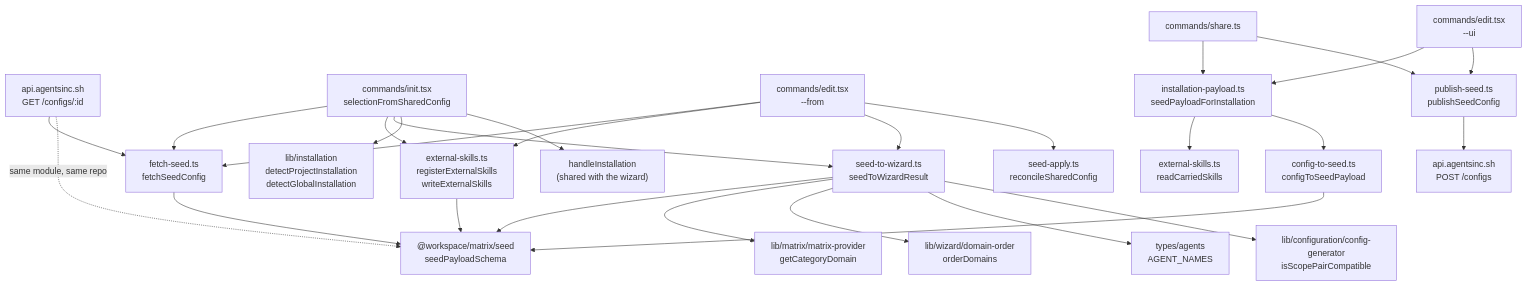
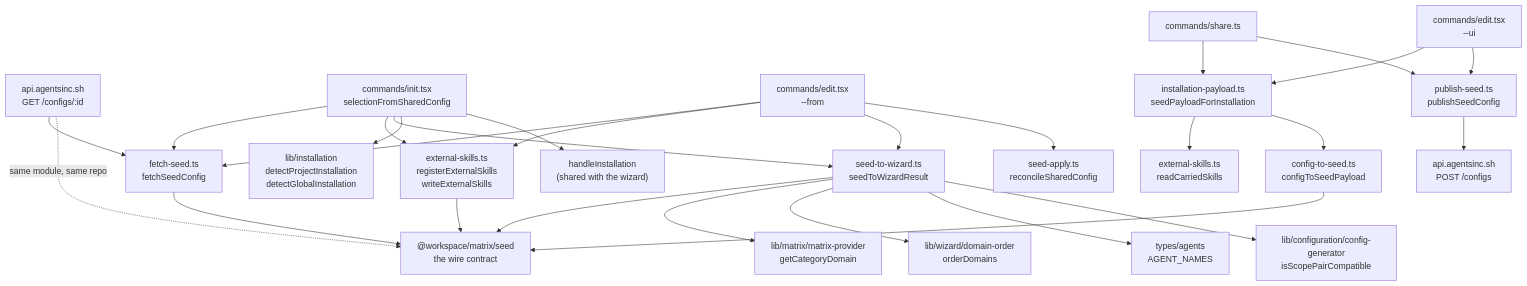
One commit to agents-inc/agents-inc changed the diagram in packages/cli/.ai-docs/reference/features/seed-contract.md. Above: the diagram before and after it, drawn with Mermaid. The commit also changed other lines of this file and 15 other files, not shown here.

````diff
--- a/packages/cli/.ai-docs/reference/features/seed-contract.md
+++ b/packages/cli/.ai-docs/reference/features/seed-contract.md
@@ -136,31 +136,31 @@
 ```mermaid
 graph TD
   Worker["api.agentsinc.sh<br/>GET /configs/:id"] --> Fetch["fetch-seed.ts<br/>fetchSeedConfig"]
   Init["commands/init.tsx<br/>selectionFromSharedConfig"] --> Fetch
   EditFrom["commands/edit.tsx<br/>--from"] --> Fetch
-  Fetch --> Schema["@workspace/matrix/seed<br/>seedPayloadSchema"]
+  Fetch --> Schema["@workspace/matrix/seed<br/>the wire contract"]
   Worker -.->|"same module, same repo"| Schema
 
   Init --> Seat["external-skills.ts<br/>registerExternalSkills<br/>writeExternalSkills"]
   EditFrom --> Seat
   Seat --> Schema
   Init --> Map["seed-to-wizard.ts<br/>seedToWizardResult"]
   EditFrom --> Map
   Map --> Schema
   Map --> Matrix["lib/matrix/matrix-provider<br/>getCategoryDomain"]
   Map --> Order["lib/wizard/domain-order<br/>orderDomains"]
   Map --> Agents["types/agents<br/>AGENT_NAMES"]
   Map --> Scope["lib/configuration/config-generator<br/>isScopePairCompatible"]
   EditFrom --> Apply["seed-apply.ts<br/>reconcileSharedConfig"]
   Init --> Detect["lib/installation<br/>detectProjectInstallation<br/>detectGlobalInstallation"]
   Init --> Spine["handleInstallation<br/>(shared with the wizard)"]
 
   Share["commands/share.ts"] --> Prep["installation-payload.ts<br/>seedPayloadForInstallation"]
   EditUi["commands/edit.tsx<br/>--ui"] --> Prep
   Prep --> Read["external-skills.ts<br/>readCarriedSkills"]
   Prep --> ToSeed["config-to-seed.ts<br/>configToSeedPayload"]
   ToSeed --> Schema
   Share --> Publish["publish-seed.ts<br/>publishSeedConfig"]
   EditUi --> Publish
   Publish --> Store["api.agentsinc.sh<br/>POST /configs"]
 ```
````
